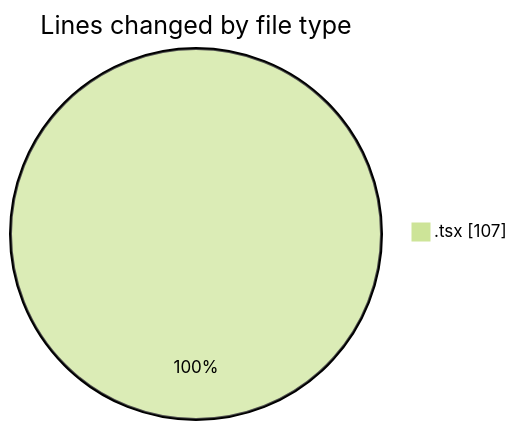
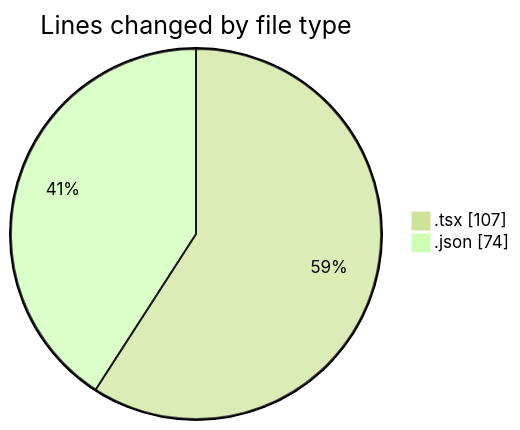
The first of 2 diagrams in 2025-04-08/cda/README.md (momahboobian/code-tracking), drawn with Mermaid (forest theme) before and after one commit. The commit also changed other lines of this file and 1 other file, not shown here.

````diff
--- a/2025-04-08/cda/README.md
+++ b/2025-04-08/cda/README.md
@@ -20,5 +21,6 @@
 ```mermaid
 pie showData
 title Lines changed by file type
 ".tsx" : 107
+".json" : 74
 ```
````
